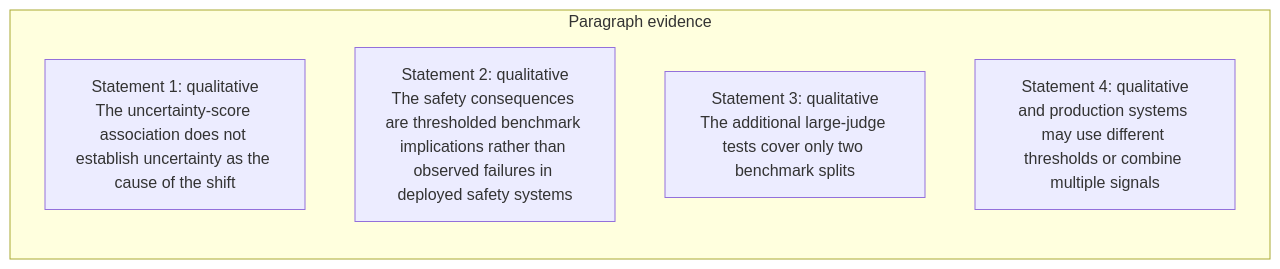
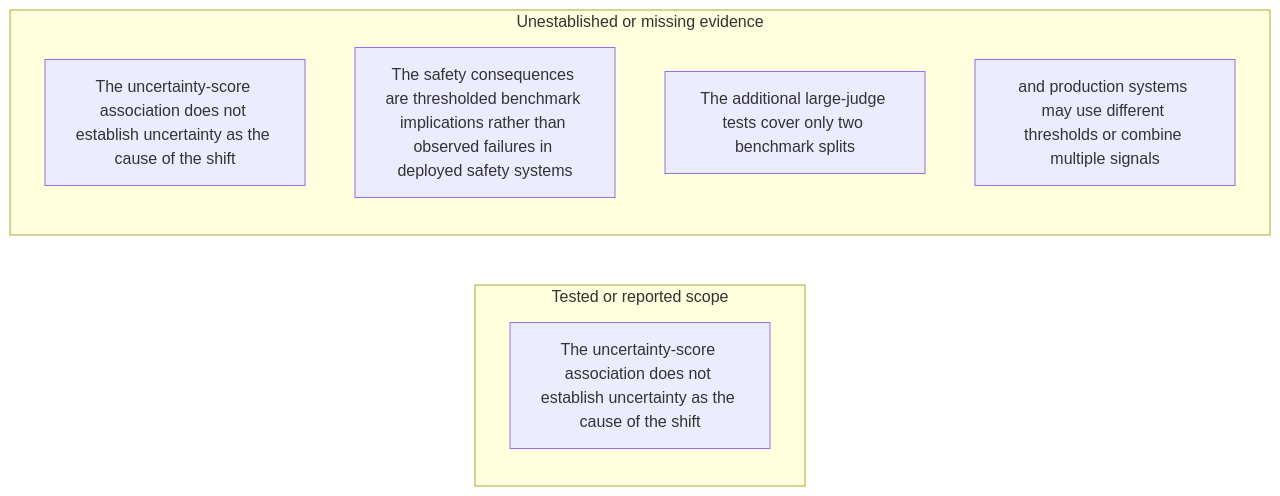
Before and after one commit to Betancourt1/paper_atlas: diagram 40 of 48 in docs/visual-manifests/VISUAL_MANIFEST_LLM_EVALUATORS_LANGUAGES.md, drawn with Mermaid. The commit also changed other lines of this file and 7 other files, not shown here.

````diff
--- a/docs/visual-manifests/VISUAL_MANIFEST_LLM_EVALUATORS_LANGUAGES.md
+++ b/docs/visual-manifests/VISUAL_MANIFEST_LLM_EVALUATORS_LANGUAGES.md
@@ -3403,9 +3408,12 @@
 ```mermaid
 flowchart LR
-  subgraph p1["Paragraph evidence"]
-    p1r1["Statement 1: qualitative<br/>The uncertainty-score association does not establish uncertainty as the cause of the shift"]
-    p1r2["Statement 2: qualitative<br/>The safety consequences are thresholded benchmark implications rather than observed failures in deployed safety systems"]
-    p1r3["Statement 3: qualitative<br/>The additional large-judge tests cover only two benchmark splits"]
-    p1r4["Statement 4: qualitative<br/>and production systems may use different thresholds or combine multiple signals"]
+  subgraph g1["Tested or reported scope"]
+    g1i1["The uncertainty-score association does not establish uncertainty as the cause of the shift"]
+  end
+  subgraph g2["Unestablished or missing evidence"]
+    g2i1["The uncertainty-score association does not establish uncertainty as the cause of the shift"]
+    g2i2["The safety consequences are thresholded benchmark implications rather than observed failures in deployed safety systems"]
+    g2i3["The additional large-judge tests cover only two benchmark splits"]
+    g2i4["and production systems may use different thresholds or combine multiple signals"]
   end
 ```
````
